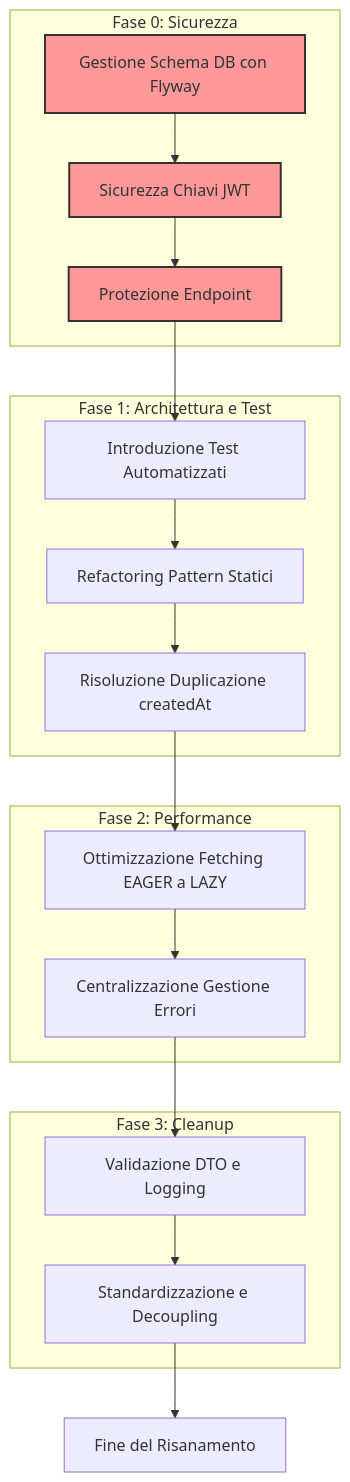
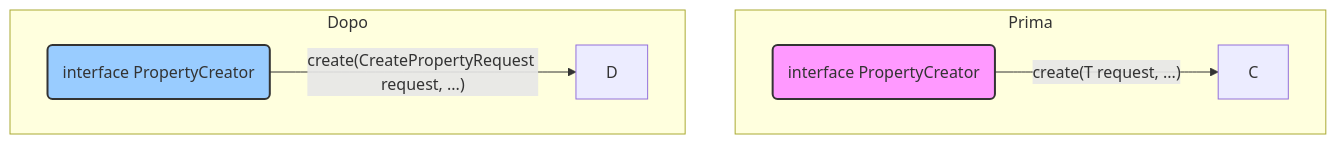
The first of 2 diagrams in refactoring-plan.md (TheFabbest/DietiEstates25-backend), drawn with Mermaid before and after one commit. The commit also changed other lines of this file and 126 other files, not shown here.

````diff
--- a/refactoring-plan.md
+++ b/refactoring-plan.md
@@ -155,29 +16,13 @@
 ```mermaid
 graph TD
-    subgraph Fase 0: Sicurezza
-        A[Gestione Schema DB con Flyway] --> B[Sicurezza Chiavi JWT];
-        B --> C[Protezione Endpoint];
+    subgraph "Prima"
+        A("interface PropertyCreator<T extends CreatePropertyRequest>")
+        A -- "create(T request, ...)" --> C
     end
-
-    subgraph Fase 1: Architettura e Test
-        D[Introduzione Test Automatizzati] --> E[Refactoring Pattern Statici];
-        E --> F[Risoluzione Duplicazione createdAt];
+    subgraph "Dopo"
+        B("interface PropertyCreator")
+        B -- "create(CreatePropertyRequest request, ...)" --> D
     end
-
-    subgraph Fase 2: Performance
-        G[Ottimizzazione Fetching EAGER a LAZY] --> H[Centralizzazione Gestione Errori];
-    end
-
-    subgraph Fase 3: Cleanup
-        I[Validazione DTO e Logging] --> J[Standardizzazione e Decoupling];
-    end
-
-    C --> D;
-    F --> G;
-    H --> I;
-    J --> K[Fine del Risanamento];
-
-    style A fill:#ff9999,stroke:#333,stroke-width:2px
-    style B fill:#ff9999,stroke:#333,stroke-width:2px
-    style C fill:#ff9999,stroke:#333,stroke-width:2px
+    style A fill:#f9f,stroke:#333,stroke-width:2px
+    style B fill:#9cf,stroke:#333,stroke-width:2px
 ```
````
